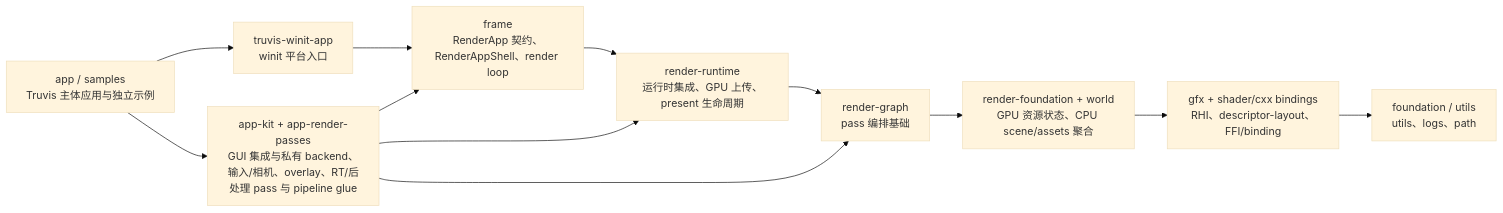
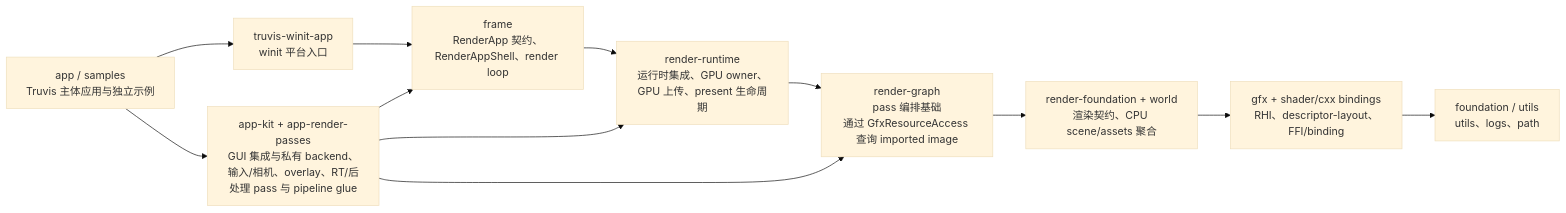
The second of 2 diagrams in docs/summaries/layering-and-dependency-boundaries.md (acccoco/TruvisRenderer), drawn with Mermaid (base theme) before and after one commit. The commit also changed other lines of this file and 45 other files, not shown here.

Commit message:
refactor 缩减 truvis-render-foundation 的职责范围

````diff
--- a/docs/summaries/layering-and-dependency-boundaries.md
+++ b/docs/summaries/layering-and-dependency-boundaries.md
@@ -32,16 +33,16 @@
 ```mermaid
 flowchart LR
     Foundation["foundation / utils<br/>utils、logs、path"]
     Gfx["gfx + shader/cxx bindings<br/>RHI、descriptor-layout、FFI/binding"]
-    Core["render-foundation + world<br/>GPU 资源状态、CPU scene/assets 聚合"]
-    RenderDomain["render-graph<br/>pass 编排基础"]
-    Runtime["render-runtime<br/>运行时集成、GPU 上传、present 生命周期"]
+    Core["render-foundation + world<br/>渲染契约、CPU scene/assets 聚合"]
+    RenderDomain["render-graph<br/>pass 编排基础<br/>通过 GfxResourceAccess 查询 imported image"]
+    Runtime["render-runtime<br/>运行时集成、GPU owner、GPU 上传、present 生命周期"]
     Frame["frame<br/>RenderApp 契约、RenderAppShell、render loop"]
     AppKit["app-kit + app-render-passes<br/>GUI 集成与私有 backend、输入/相机、overlay、RT/后处理 pass 与 pipeline glue"]
     App["app / samples<br/>Truvis 主体应用与独立示例"]
     Platform["truvis-winit-app<br/>winit 平台入口"]
     App --> Platform --> Frame --> Runtime --> RenderDomain --> Core --> Gfx --> Foundation
     App --> AppKit --> Frame
     AppKit --> Runtime
     AppKit --> RenderDomain
 ```
````
